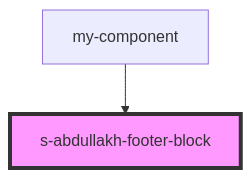
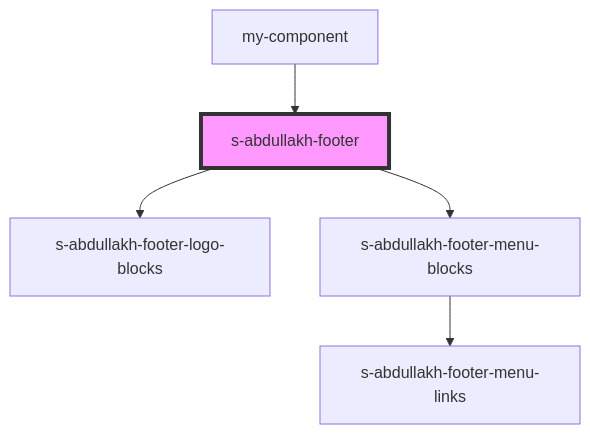
One commit to Wokh-Dada/companycards changed the diagram in src/components/res/view/s-abdullakh-footer/readme.md. Above: the diagram before and after it, drawn with Mermaid. The commit also changed other lines of this file and 12 other files, not shown here.

````diff
--- a/src/components/res/view/s-abdullakh-footer/readme.md
+++ b/src/components/res/view/s-abdullakh-footer/readme.md
@@ -15,5 +27,8 @@
 ```mermaid
 graph TD;
-  my-component --> s-abdullakh-footer-block
-  style s-abdullakh-footer-block fill:#f9f,stroke:#333,stroke-width:4px
+  s-abdullakh-footer --> s-abdullakh-footer-logo-blocks
+  s-abdullakh-footer --> s-abdullakh-footer-menu-blocks
+  s-abdullakh-footer-menu-blocks --> s-abdullakh-footer-menu-links
+  my-component --> s-abdullakh-footer
+  style s-abdullakh-footer fill:#f9f,stroke:#333,stroke-width:4px
 ```
````
